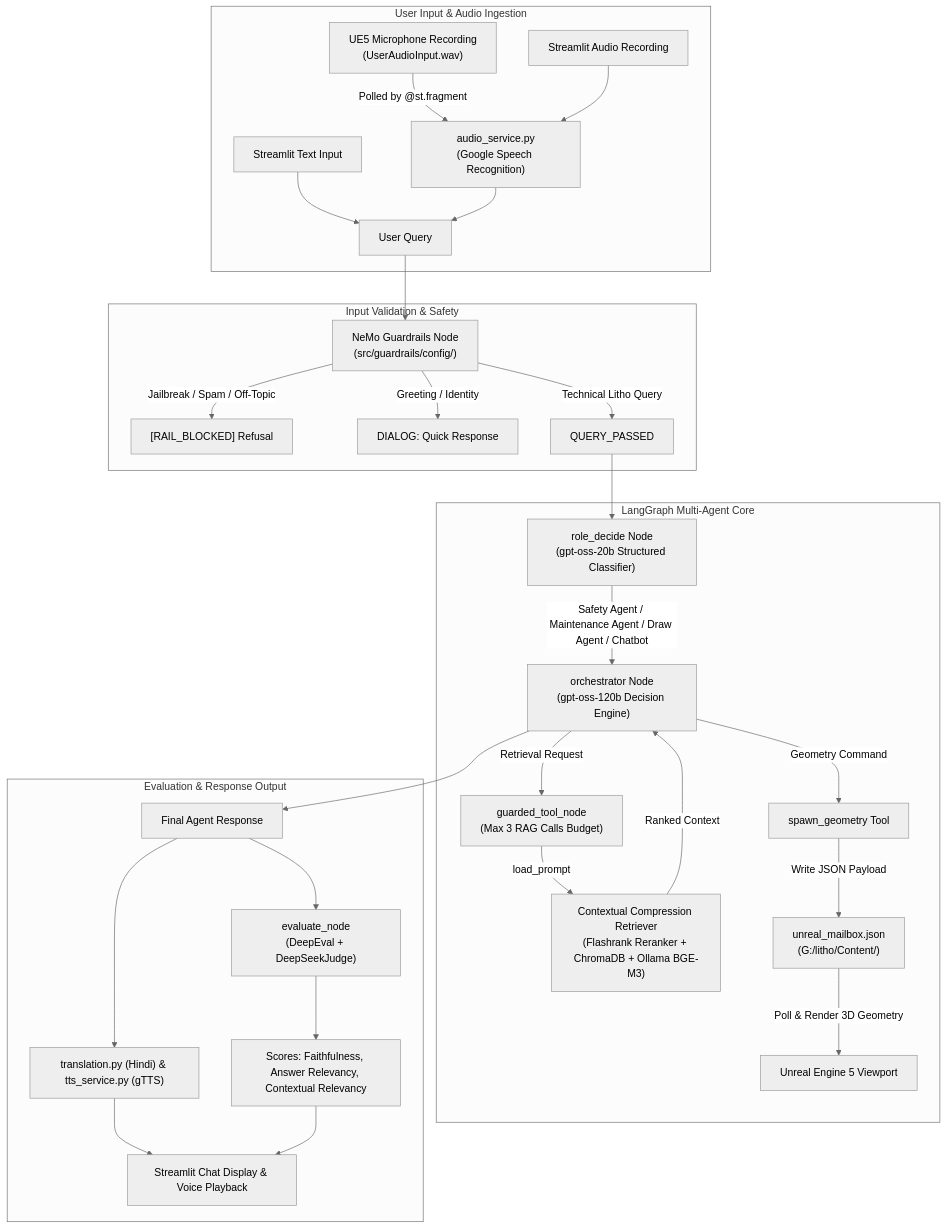
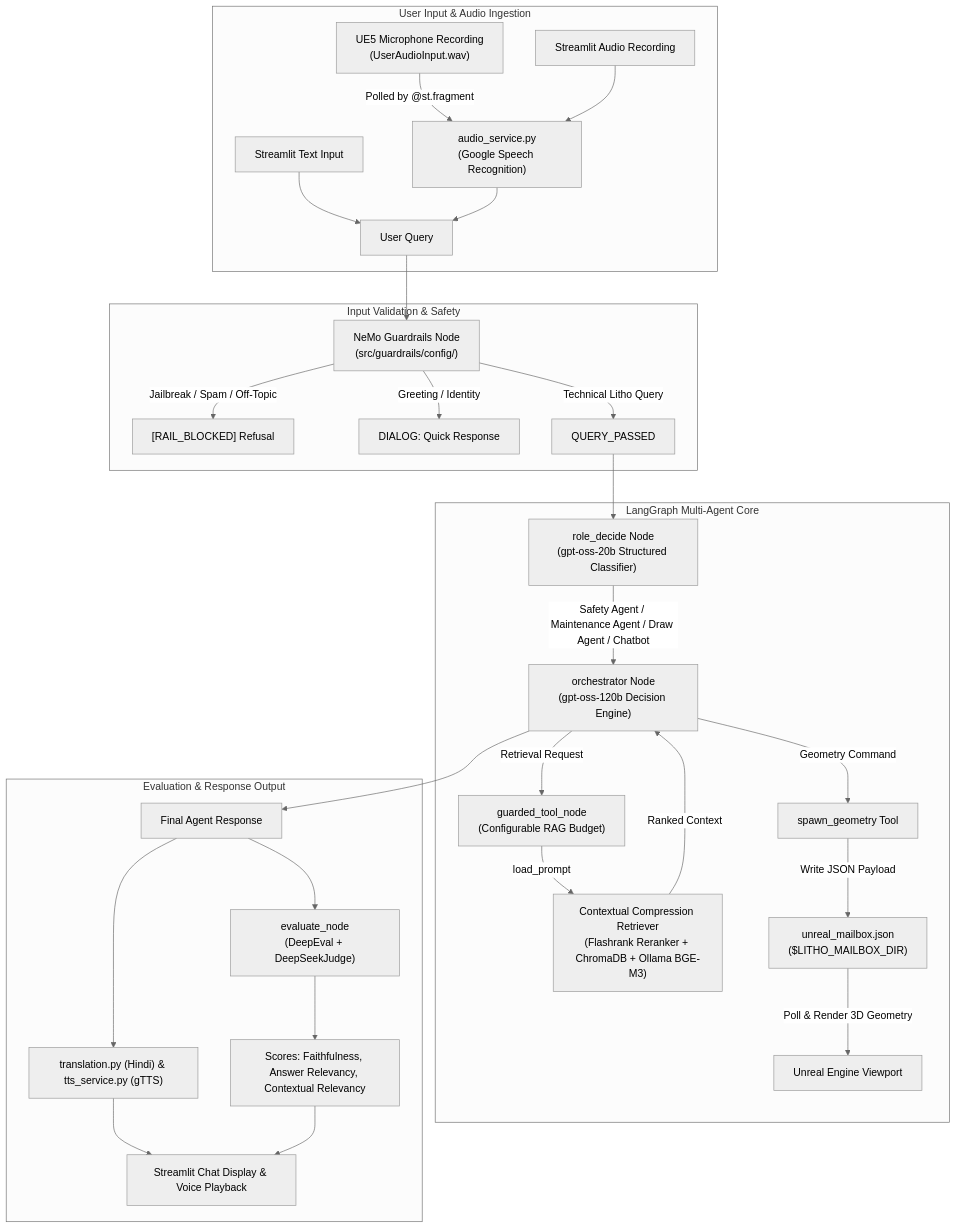
One commit to amankumar5345/Agentic-RAG changed the diagram in README.md. Above: the diagram before and after it, drawn with Mermaid (neutral theme). The commit also changed other lines of this file and 137 other files, not shown here.

````diff
--- a/README.md
+++ b/README.md
@@ -13,44 +13,44 @@
 ```mermaid
 flowchart TD
     subgraph Input ["User Input & Audio Ingestion"]
         UI_Text["Streamlit Text Input"]
         UI_Voice["Streamlit Audio Recording"]
         UE_Voice["UE5 Microphone Recording<br/>(UserAudioInput.wav)"]
         
         UE_Voice -->|Polled by @st.fragment| AudioService["audio_service.py<br/>(Google Speech Recognition)"]
         UI_Voice --> AudioService
         UI_Text --> UserQuery["User Query"]
         AudioService --> UserQuery
     end
 
     subgraph Guardrails ["Input Validation & Safety"]
         UserQuery --> GuardNode["NeMo Guardrails Node<br/>(src/guardrails/config/)"]
         GuardNode -->|Jailbreak / Spam / Off-Topic| BlockResponse["[RAIL_BLOCKED] Refusal"]
         GuardNode -->|Greeting / Identity| DialogResponse["DIALOG: Quick Response"]
         GuardNode -->|Technical Litho Query| Passed["QUERY_PASSED"]
     end
 
     subgraph LangGraph ["LangGraph Multi-Agent Core"]
         Passed --> RoleNode["role_decide Node<br/>(gpt-oss-20b Structured Classifier)"]
         
         RoleNode -->|"Safety Agent / Maintenance Agent / Draw Agent / Chatbot"| Orchestrator["orchestrator Node<br/>(gpt-oss-120b Decision Engine)"]
         
-        Orchestrator -->|Retrieval Request| GuardedTool["guarded_tool_node<br/>(Max 3 RAG Calls Budget)"]
+        Orchestrator -->|Retrieval Request| GuardedTool["guarded_tool_node<br/>(Configurable RAG Budget)"]
         GuardedTool -->|load_prompt| RAG["Contextual Compression Retriever<br/>(Flashrank Reranker + ChromaDB + Ollama BGE-M3)"]
         RAG -->|Ranked Context| Orchestrator
         
         Orchestrator -->|Geometry Command| DrawTool["spawn_geometry Tool"]
-        DrawTool -->|Write JSON Payload| Mailbox["unreal_mailbox.json<br/>(G:/litho/Content/)"]
-        Mailbox -->|Poll & Render 3D Geometry| UE5Viewport["Unreal Engine 5 Viewport"]
+        DrawTool -->|Write JSON Payload| Mailbox["unreal_mailbox.json<br/>($LITHO_MAILBOX_DIR)"]
+        Mailbox -->|Poll & Render 3D Geometry| UE5Viewport["Unreal Engine Viewport"]
     end
 
     subgraph Evaluation ["Evaluation & Response Output"]
         Orchestrator --> FinalAnswer["Final Agent Response"]
         FinalAnswer --> DeepEvalNode["evaluate_node<br/>(DeepEval + DeepSeekJudge)"]
         DeepEvalNode --> Metrics["Scores: Faithfulness, Answer Relevancy, Contextual Relevancy"]
         
         FinalAnswer --> PostProcess["translation.py (Hindi) & tts_service.py (gTTS)"]
         PostProcess --> UIOutput["Streamlit Chat Display & Voice Playback"]
         Metrics --> UIOutput
     end
 ```
````
